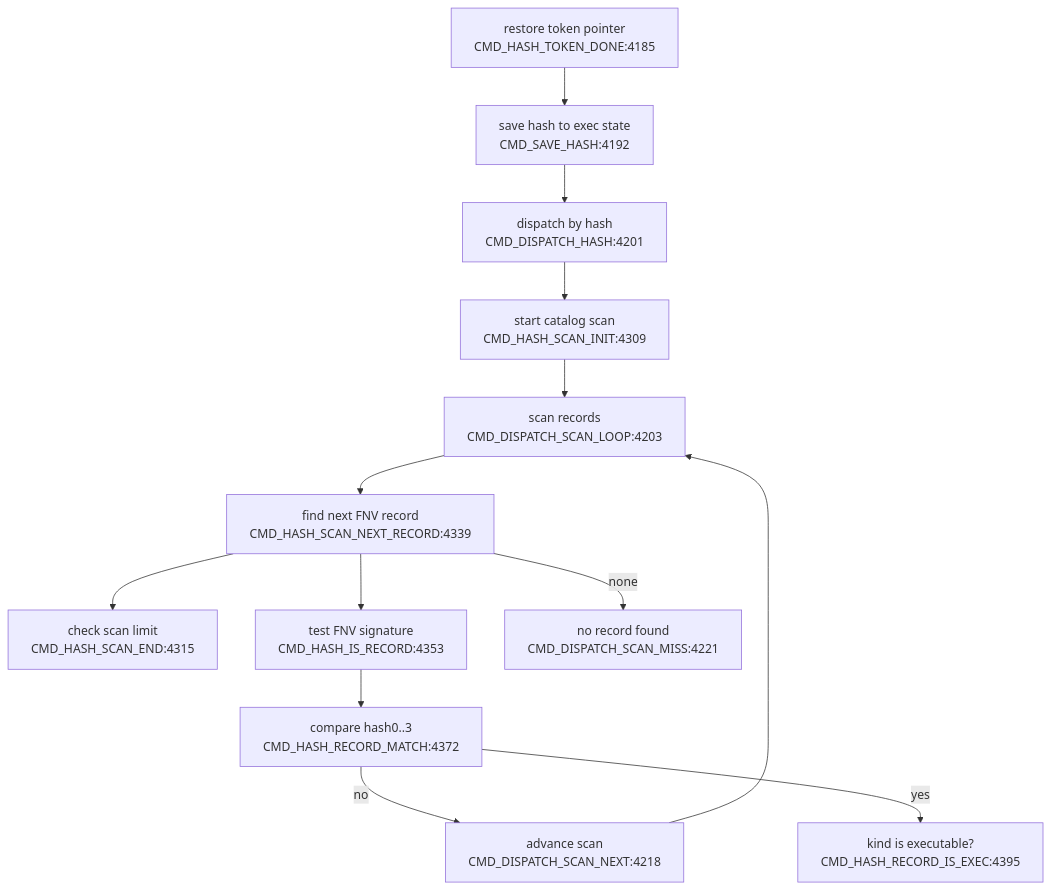
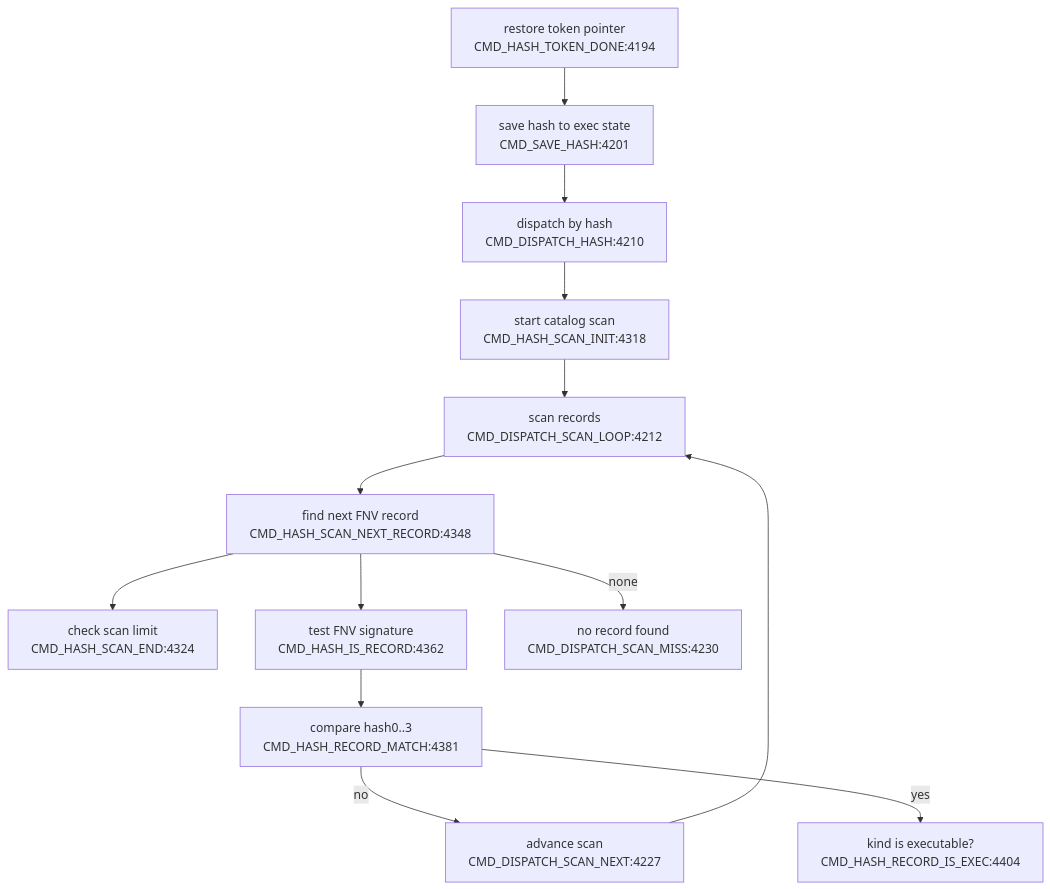
Before and after one commit to 95westus/R-YORS: the third of 4 diagrams in DOC/GENERATED/CMD_FLOW_MAP.md, drawn with Mermaid. The commit also changed other lines of this file and 85 other files, not shown here.

````diff
--- a/DOC/GENERATED/CMD_FLOW_MAP.md
+++ b/DOC/GENERATED/CMD_FLOW_MAP.md
@@ -40,15 +40,15 @@
 ```mermaid
 flowchart TD
-    DONE["restore token pointer<br/>CMD_HASH_TOKEN_DONE:4185"] --> SAVEHASH["save hash to exec state<br/>CMD_SAVE_HASH:4192"]
-    SAVEHASH --> DISPATCH["dispatch by hash<br/>CMD_DISPATCH_HASH:4201"]
-    DISPATCH --> SCANINIT["start catalog scan<br/>CMD_HASH_SCAN_INIT:4309"]
-    SCANINIT --> SCANLOOP["scan records<br/>CMD_DISPATCH_SCAN_LOOP:4203"]
-    SCANLOOP --> NEXTREC["find next FNV record<br/>CMD_HASH_SCAN_NEXT_RECORD:4339"]
-    NEXTREC --> ENDCHK["check scan limit<br/>CMD_HASH_SCAN_END:4315"]
-    NEXTREC --> ISREC["test FNV signature<br/>CMD_HASH_IS_RECORD:4353"]
-    NEXTREC -->|none| MISS["no record found<br/>CMD_DISPATCH_SCAN_MISS:4221"]
-    ISREC --> MATCH["compare hash0..3<br/>CMD_HASH_RECORD_MATCH:4372"]
-    MATCH -->|no| ADV["advance scan<br/>CMD_DISPATCH_SCAN_NEXT:4218"]
+    DONE["restore token pointer<br/>CMD_HASH_TOKEN_DONE:4194"] --> SAVEHASH["save hash to exec state<br/>CMD_SAVE_HASH:4201"]
+    SAVEHASH --> DISPATCH["dispatch by hash<br/>CMD_DISPATCH_HASH:4210"]
+    DISPATCH --> SCANINIT["start catalog scan<br/>CMD_HASH_SCAN_INIT:4318"]
+    SCANINIT --> SCANLOOP["scan records<br/>CMD_DISPATCH_SCAN_LOOP:4212"]
+    SCANLOOP --> NEXTREC["find next FNV record<br/>CMD_HASH_SCAN_NEXT_RECORD:4348"]
+    NEXTREC --> ENDCHK["check scan limit<br/>CMD_HASH_SCAN_END:4324"]
+    NEXTREC --> ISREC["test FNV signature<br/>CMD_HASH_IS_RECORD:4362"]
+    NEXTREC -->|none| MISS["no record found<br/>CMD_DISPATCH_SCAN_MISS:4230"]
+    ISREC --> MATCH["compare hash0..3<br/>CMD_HASH_RECORD_MATCH:4381"]
+    MATCH -->|no| ADV["advance scan<br/>CMD_DISPATCH_SCAN_NEXT:4227"]
     ADV --> SCANLOOP
-    MATCH -->|yes| EXECOK["kind is executable?<br/>CMD_HASH_RECORD_IS_EXEC:4395"]
+    MATCH -->|yes| EXECOK["kind is executable?<br/>CMD_HASH_RECORD_IS_EXEC:4404"]
 ```
````
